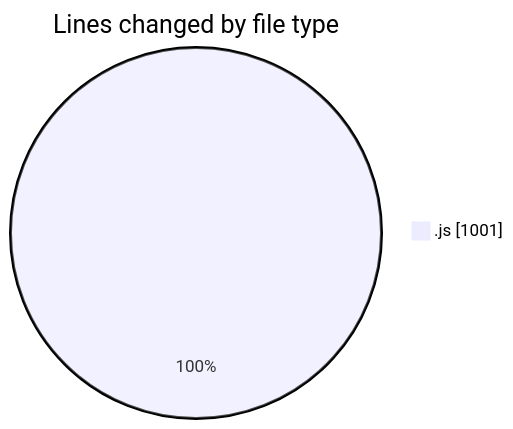
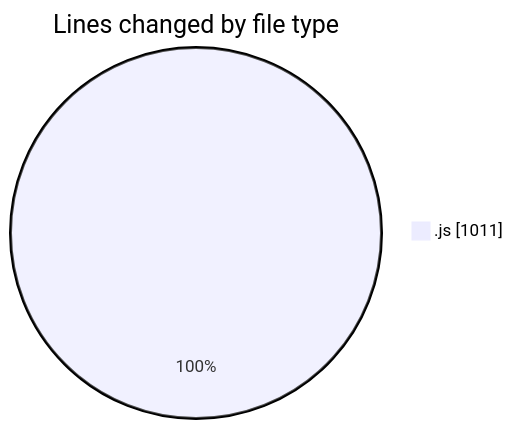
Before and after one commit to momahboobian/code-tracking: the first of 2 diagrams in 2026-02-04/cda/README.md, drawn with Mermaid. The commit also changed other lines of this file and 1 other file, not shown here.

````diff
--- a/2026-02-04/cda/README.md
+++ b/2026-02-04/cda/README.md
@@ -20,5 +20,5 @@
 ```mermaid
 pie showData
 title Lines changed by file type
-".js" : 1001
+".js" : 1011
 ```
````
